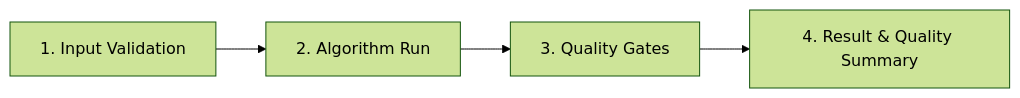
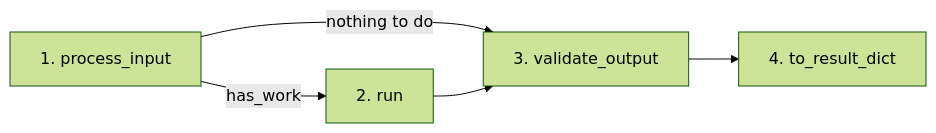
The diagram in documentation/library_design/pipelines/index.md (m1chae2/astrometrics), drawn with Mermaid (forest theme) before and after one commit. The commit also changed other lines of this file and 38 other files, not shown here.

````diff
--- a/documentation/library_design/pipelines/index.md
+++ b/documentation/library_design/pipelines/index.md
@@ -27,6 +37,7 @@
 ```mermaid
 flowchart LR
-    A["1. Input Validation"] --> B["2. Algorithm Run"]
-    B --> C["3. Quality Gates"]
-    C --> D["4. Result & Quality Summary"]
+    A["1. process_input"] -- "has_work" --> B["2. run"]
+    A -- "nothing to do" --> C["3. validate_output"]
+    B --> C
+    C --> D["4. to_result_dict"]
 ```
````
